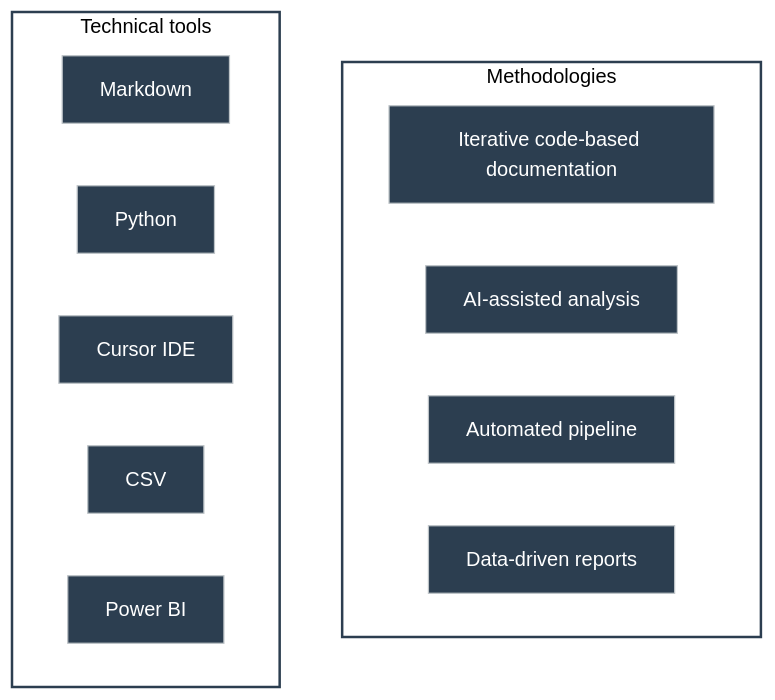
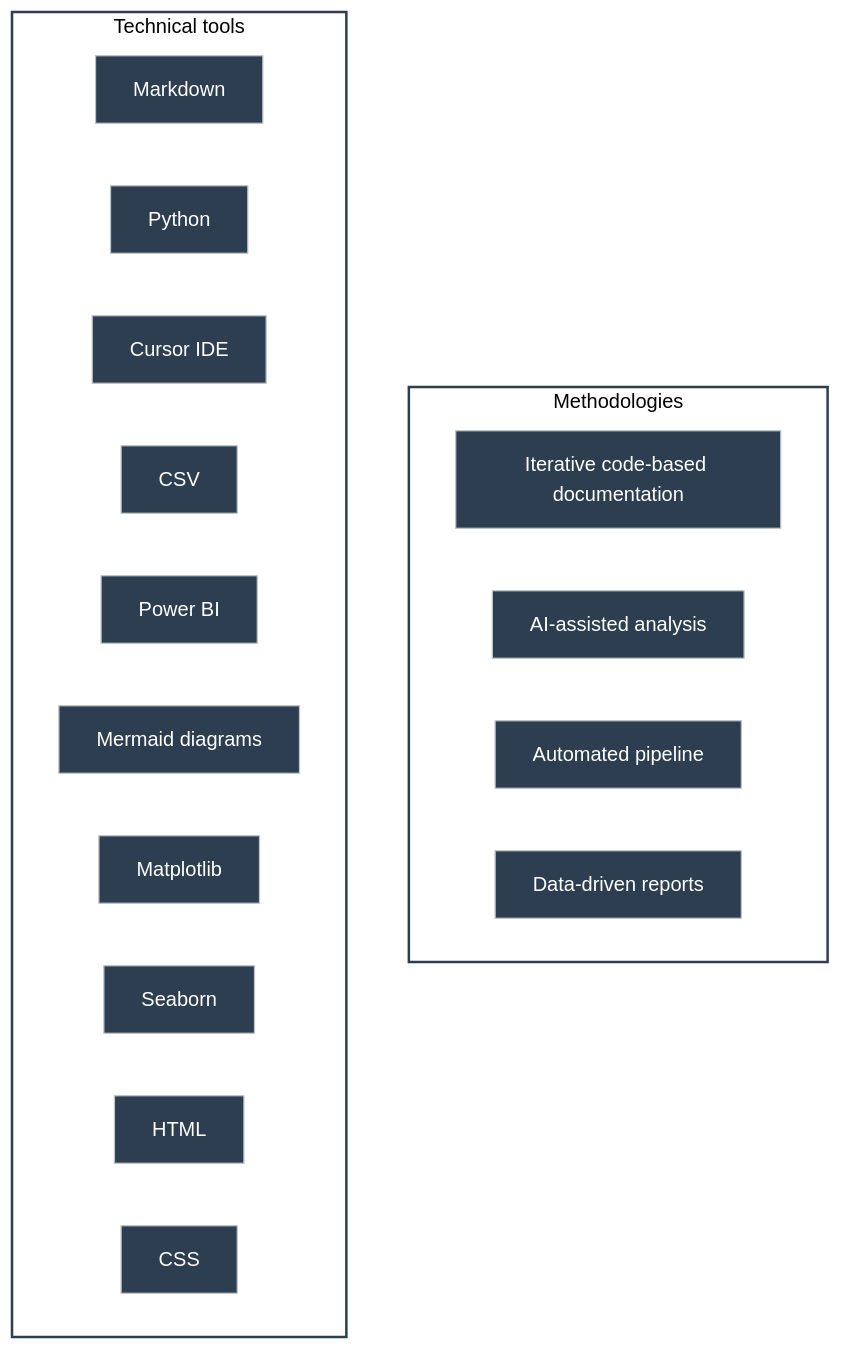
The third of 11 diagrams in portfolio/mermaid/diagrams.md (duducm2/my-personal-repo), drawn with Mermaid before and after one commit.

Commit message:
Add new tools to the Mermaid diagrams section in the portfolio, including Matplotlib, Seaborn, HTML, and CSS for enhanced visualization options.

````diff
--- a/portfolio/mermaid/diagrams.md
+++ b/portfolio/mermaid/diagrams.md
@@ -53,19 +53,24 @@
 ```mermaid
 %%{init: {'theme': 'base', 'themeVariables': { 'primaryColor': '#2c3e50', 'primaryTextColor': '#fff', 'primaryBorderColor': '#bdc3c7', 'lineColor': '#2c3e50', 'fontFamily': 'Lato', 'subgraphBg': '#ffffff', 'subgraphBorder': '#2c3e50', 'subgraphTextColor': '#000000', 'subgraphTitleColor': '#000000'}}}%%
 flowchart TB
   subgraph methodologies [Methodologies]
     M1["Iterative code-based documentation"]
     M2["AI-assisted analysis"]
     M3["Automated pipeline"]
     M4["Data-driven reports"]
   end
   subgraph tools [Technical tools]
     T1["Markdown"]
     T2["Python"]
     T3["Cursor IDE"]
     T4["CSV"]
     T5["Power BI"]
+    T6["Mermaid diagrams"]
+    T7["Matplotlib"]
+    T8["Seaborn"]
+    T9["HTML"]
+    T10["CSS"]
   end
   style methodologies fill:#ffffff,stroke:#2c3e50,stroke-width:2px,color:#000000
   style tools fill:#ffffff,stroke:#2c3e50,stroke-width:2px,color:#000000
 ```
````
